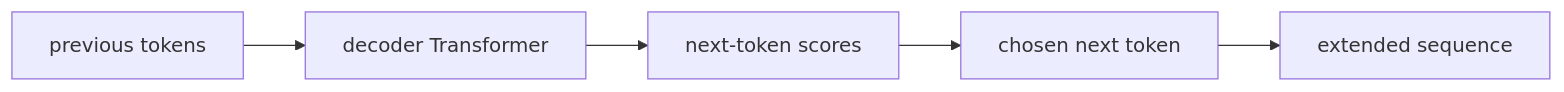
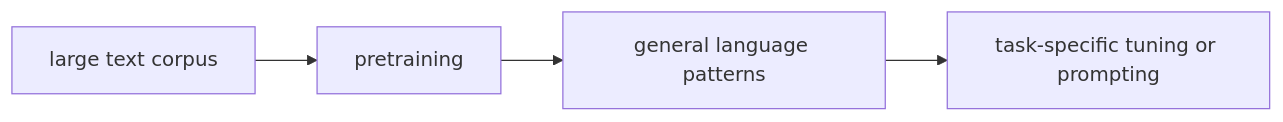
Before and after one commit to devchan64/AiBook: the diagram in docs/parts/part-05/chapter-06/section-01.md, drawn with Mermaid. The commit also changed other lines of this file and 47 other files, not shown here.

````diff
--- a/docs/parts/part-05/chapter-06/section-01.md
+++ b/docs/parts/part-05/chapter-06/section-01.md
@@ -121,10 +141,9 @@
 ```mermaid
 flowchart LR
-  A["previous tokens"]
-  B["decoder Transformer"]
-  C["next-token scores"]
-  D["chosen next token"]
-  E["extended sequence"]
+  A["large text corpus"]
+  B["pretraining"]
+  C["general language patterns"]
+  D["task-specific tuning or prompting"]
 
-  A --> B --> C --> D --> E
+  A --> B --> C --> D
 ```
````
